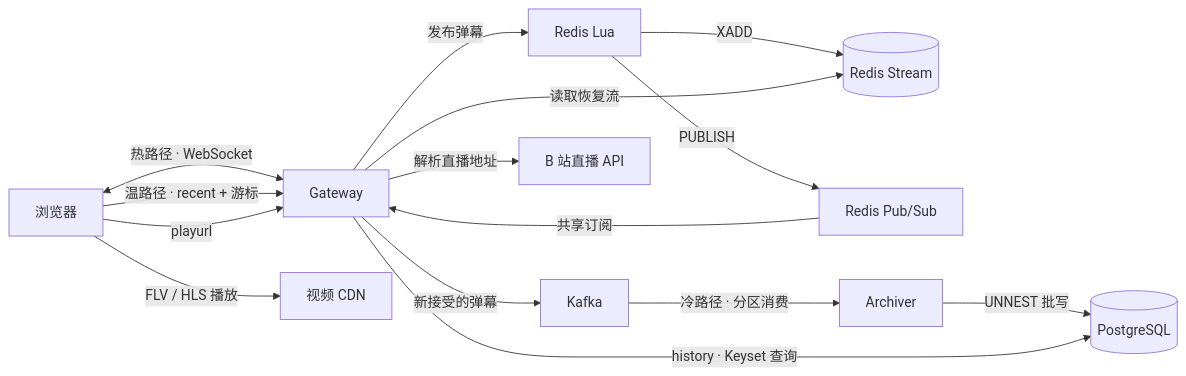
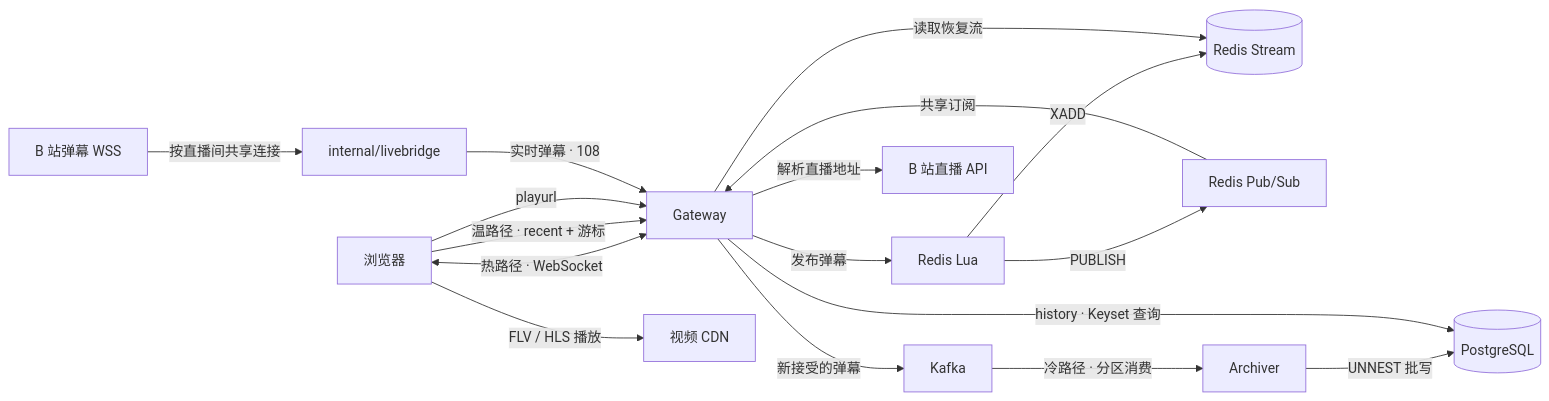
One commit to SctHy/live-stream-danmaku changed the diagram in README.md. Above: the diagram before and after it, drawn with Mermaid. The commit also changed other lines of this file and 19 other files, not shown here.

````diff
--- a/README.md
+++ b/README.md
@@ -7,17 +7,19 @@
 ```mermaid
 flowchart LR
     B[浏览器] <-->|热路径 · WebSocket| G[Gateway]
     G -->|发布弹幕| L[Redis Lua]
     L -->|XADD| S[(Redis Stream)]
     L -->|PUBLISH| R[Redis Pub/Sub]
     R -->|共享订阅| G
     B -->|温路径 · recent + 游标| G
     G -->|读取恢复流| S
     G -->|新接受的弹幕| K[Kafka]
     K -->|冷路径 · 分区消费| A[Archiver]
     A -->|UNNEST 批写| P[(PostgreSQL)]
     G -->|history · Keyset 查询| P
     B -->|playurl| G
     G -->|解析直播地址| U[B 站直播 API]
+    W[B 站弹幕 WSS] -->|按直播间共享连接| LB[internal/livebridge]
+    LB -->|实时弹幕 · 108| G
     B -->|FLV / HLS 播放| CDN[视频 CDN]
 ```
````
